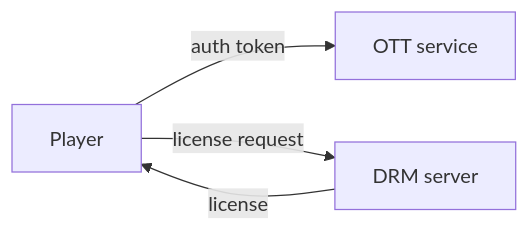
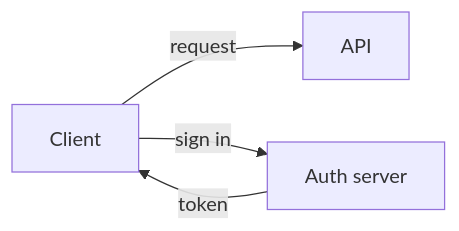
One commit to dkdev24/pele-animate changed the first of 2 diagrams in README.md. Above: the diagram before and after it, drawn with Mermaid. The commit also changed other lines of this file and 15 other files, not shown here.

First line of the commit message:
docs: README for GitHub (badges, links, hero, generic examples); mermaid-icons fence convention

````diff
--- a/README.md
+++ b/README.md
@@ -20,6 +77,6 @@
 ```mermaid
 flowchart LR
-  A[Player] -->|auth token| B[OTT service]
-  A -->|license request| C[DRM server]
-  C -->|license| A
+  A[Client] -->|request| B[API]
+  A -->|sign in| C[Auth server]
+  C -->|token| A
 ```
````
